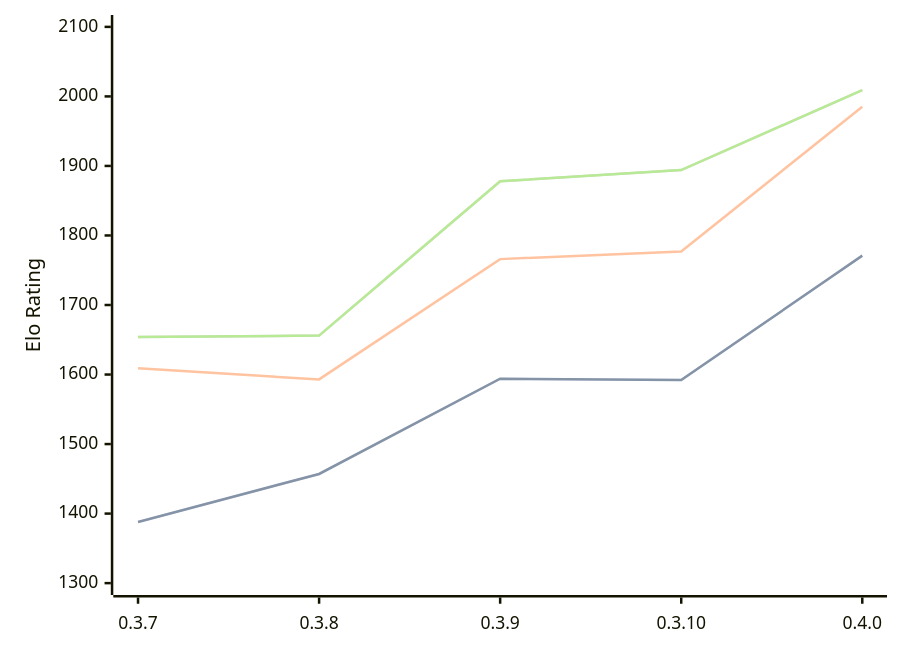
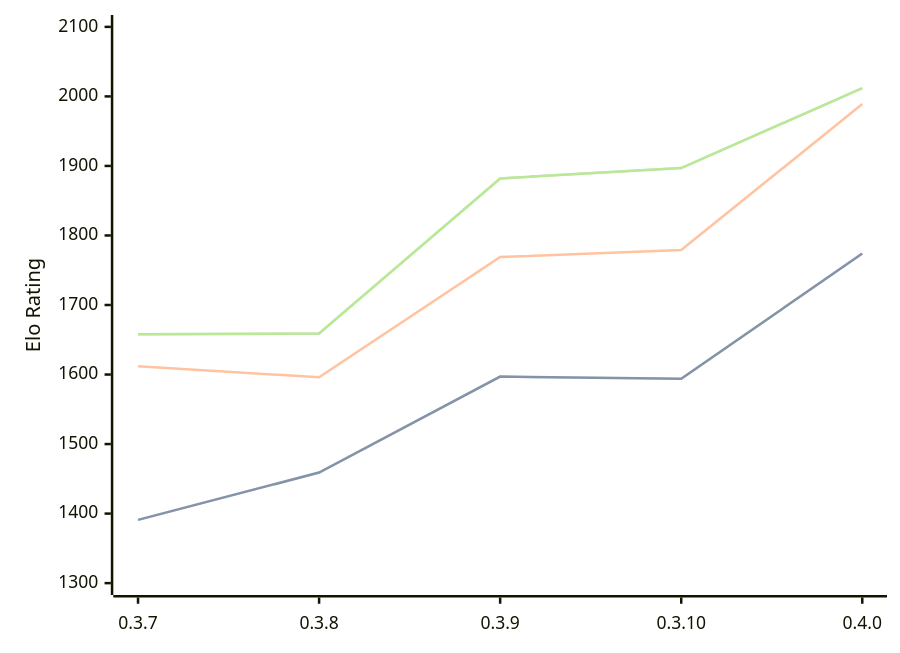
Before and after one commit to computer-chess-index/cci: the diagram in engines/Arche.md, drawn with Mermaid. The commit also changed other lines of this file, not shown here.

Commit message:
Update CCI Ratings (ELO VLTC) - 2026-09-24

````diff
--- a/engines/Arche.md
+++ b/engines/Arche.md
@@ -40,11 +40,11 @@
 ```mermaid
 %%{init: {"theme":"base","themeVariables":{"seriesColors:['#a3a3a3','#222221','#faa371']}}}%%
 xychart-beta
   x-axis ["0.3.7", "0.3.8", "0.3.9", "0.3.10", "0.4.0"]
   y-axis "Elo Rating" 1300 --> 2100
-  line "" [1388, 1457, 1594, 1592, 1771]
-  line "STC (8.0+0.08s)" [1388, 1457, 1594, 1592, 1771]
-  line "LTC (60.0+0.60s)" [1609, 1593, 1766, 1777, 1985]
-  line "" [1654, 1656, 1878, 1894, 2009]
-  line "VLTC (2m24s+1.12s)" [1654, 1656, 1878, 1894, 2009]
+  line "" [1391, 1459, 1597, 1594, 1774]
+  line "STC (8.0+0.08s)" [1391, 1459, 1597, 1594, 1774]
+  line "LTC (60.0+0.60s)" [1612, 1596, 1769, 1779, 1989]
+  line "" [1658, 1659, 1882, 1897, 2012]
+  line "VLTC (2m24s+1.12s)" [1658, 1659, 1882, 1897, 2012]
 ```
````
